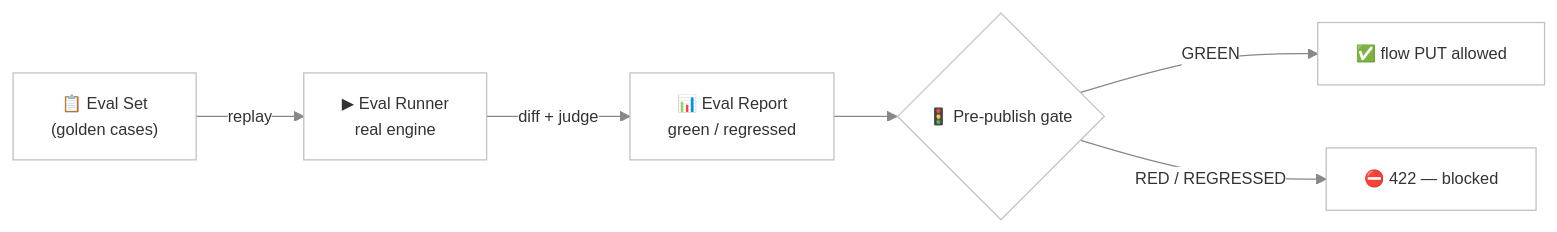
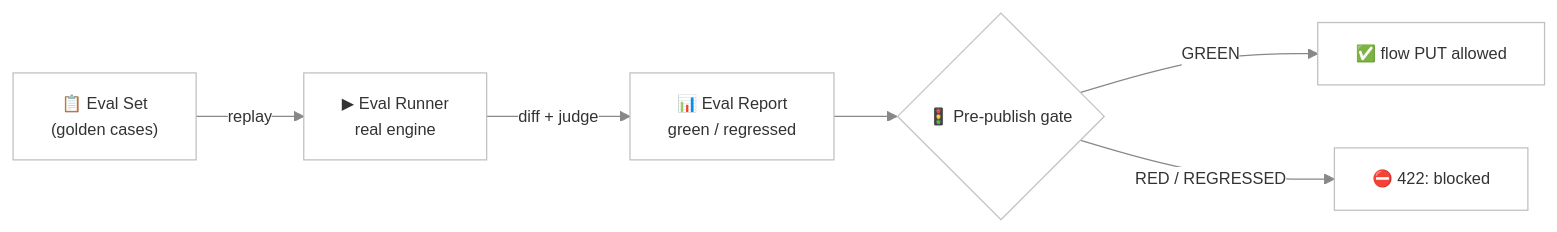
The diagram in docs-turing/agent-eval.md (openviglet/docs), drawn with Mermaid before and after one commit. The commit also changed other lines of this file and 125 other files, not shown here.

````diff
--- a/docs-turing/agent-eval.md
+++ b/docs-turing/agent-eval.md
@@ -21,9 +21,9 @@
 ```mermaid
 %%{init: {'theme': 'base', 'themeVariables': {'fontSize': '13px', 'primaryColor': '#fff', 'primaryBorderColor': '#c0c0c0', 'lineColor': '#888', 'textColor': '#333'}}}%%
 graph LR
     SET["📋 Eval Set<br/>(golden cases)"] -->|replay| RUN["▶ Eval Runner<br/>real engine"]
     RUN -->|diff + judge| REP["📊 Eval Report<br/>green / regressed"]
     REP --> GATE{"🚦 Pre-publish gate"}
     GATE -->|GREEN| PUB["✅ flow PUT allowed"]
-    GATE -->|RED / REGRESSED| BLOCK["⛔ 422 — blocked"]
+    GATE -->|RED / REGRESSED| BLOCK["⛔ 422: blocked"]
 ```
````
